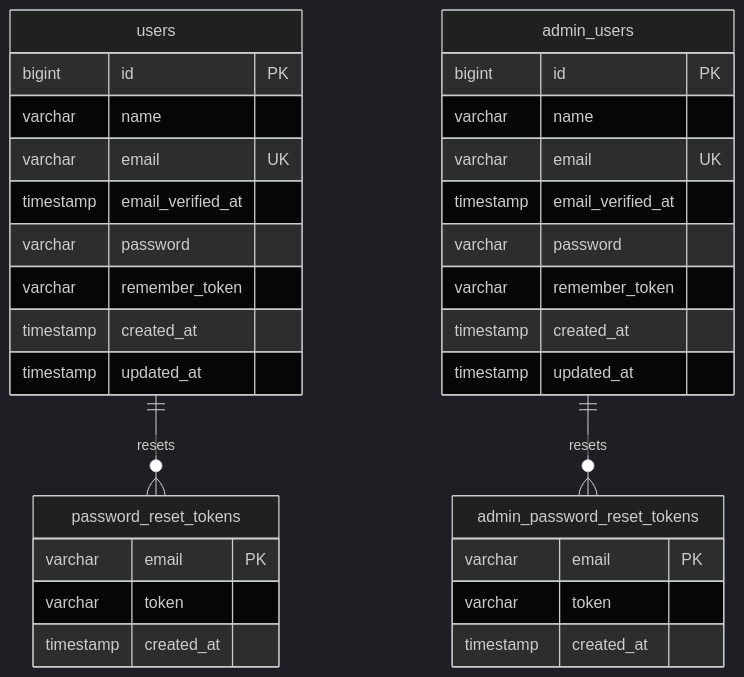
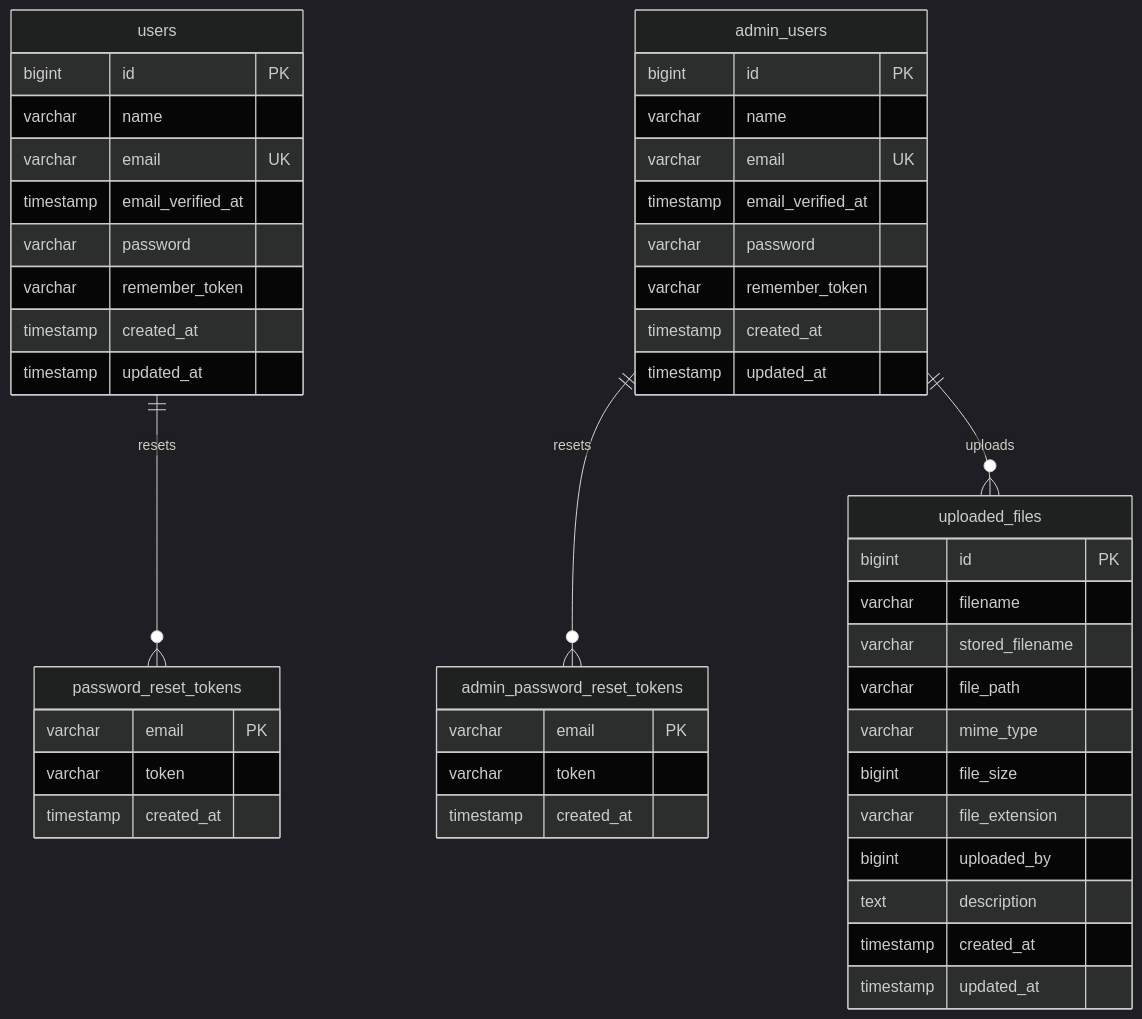
The second of 2 diagrams in .cursor/rules/app-overview.mdc (DesignSupply/startify-app), drawn with Mermaid (dark theme) before and after one commit. The commit also changed other lines of this file, not shown here.

````diff
--- a/.cursor/rules/app-overview.mdc
+++ b/.cursor/rules/app-overview.mdc
@@ -105,39 +119,54 @@
 ```mermaid
 erDiagram
     users {
         bigint id PK
         varchar name
         varchar email UK
         timestamp email_verified_at
         varchar password
         varchar remember_token
         timestamp created_at
         timestamp updated_at
     }
 
     admin_users {
         bigint id PK
         varchar name
         varchar email UK
         timestamp email_verified_at
         varchar password
         varchar remember_token
         timestamp created_at
         timestamp updated_at
     }
 
     password_reset_tokens {
         varchar email PK
         varchar token
         timestamp created_at
     }
 
     admin_password_reset_tokens {
         varchar email PK
         varchar token
         timestamp created_at
     }
 
+    uploaded_files {
+        bigint id PK
+        varchar filename
+        varchar stored_filename
+        varchar file_path
+        varchar mime_type
+        bigint file_size
+        varchar file_extension
+        bigint uploaded_by
+        text description
+        timestamp created_at
+        timestamp updated_at
+    }
+
     users ||--o{ password_reset_tokens : "resets"
     admin_users ||--o{ admin_password_reset_tokens : "resets"
+    admin_users ||--o{ uploaded_files : "uploads"
 ```
````
